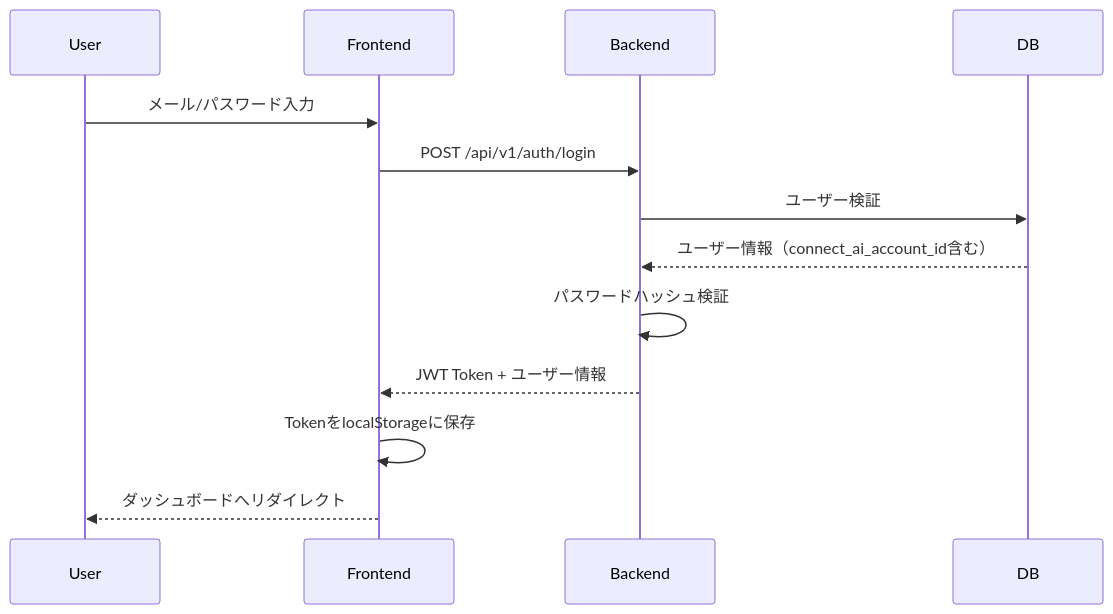
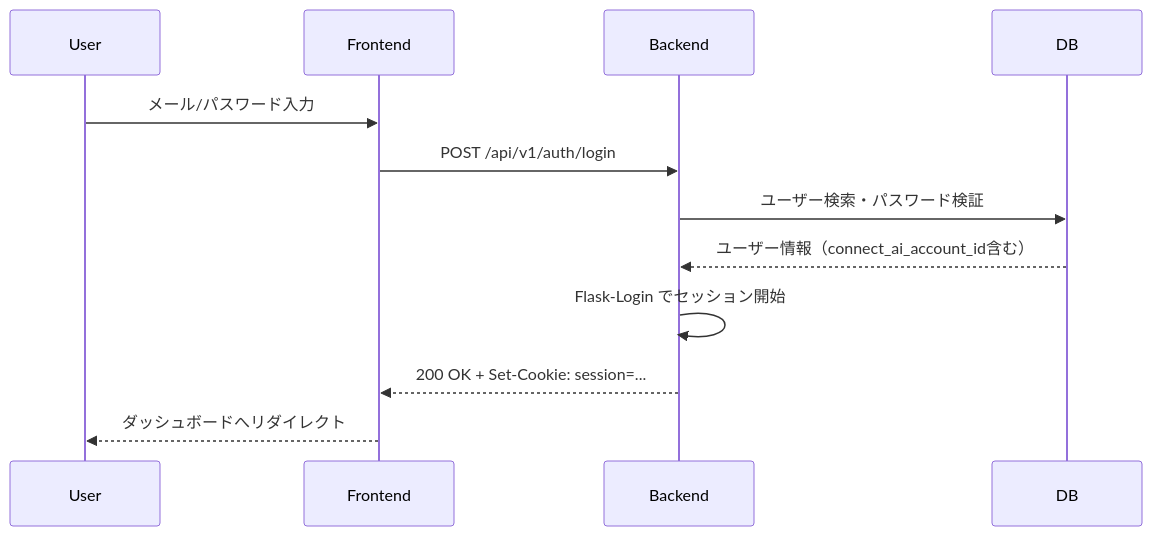
Before and after one commit to sugimomoto/ConnectAIOEMSample: the third of 8 diagrams in docs/functional-design.md, drawn with Mermaid. The commit also changed other lines of this file and 3 other files, not shown here.

````diff
--- a/docs/functional-design.md
+++ b/docs/functional-design.md
@@ -252,16 +161,15 @@
 ```mermaid
 sequenceDiagram
     participant User
     participant Frontend
     participant Backend
     participant DB
 
     User->>Frontend: メール/パスワード入力
     Frontend->>Backend: POST /api/v1/auth/login
-    Backend->>DB: ユーザー検証
+    Backend->>DB: ユーザー検索・パスワード検証
     DB-->>Backend: ユーザー情報（connect_ai_account_id含む）
-    Backend->>Backend: パスワードハッシュ検証
-    Backend-->>Frontend: JWT Token + ユーザー情報
-    Frontend->>Frontend: TokenをlocalStorageに保存
+    Backend->>Backend: Flask-Login でセッション開始
+    Backend-->>Frontend: 200 OK + Set-Cookie: session=...
     Frontend-->>User: ダッシュボードへリダイレクト
 ```
````
